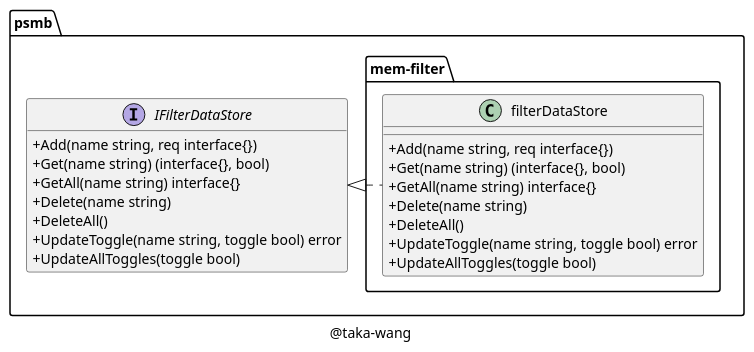
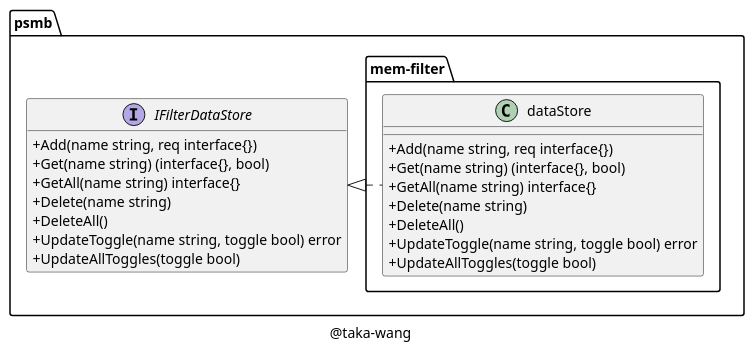
Before and after one commit to taka-wang/puml: the diagram in class/mem-filter.puml, drawn with PlantUML. The commit also changed 1 other file, not shown here.

Commit message:
update uml

```diff
--- a/class/mem-filter.puml
+++ b/class/mem-filter.puml
@@ -1,33 +1,33 @@
 @startuml
 
 set namespaceSeparator /
 
 skinparam classAttributeIconSize 0
 
-class psmb/mem-filter/filterDataStore {
+class psmb/mem-filter/dataStore {
 	+Add(name string, req interface{})
 	+Get(name string) (interface{}, bool)
 	+GetAll(name string) interface{}
 	+Delete(name string)
 	+DeleteAll()
 	+UpdateToggle(name string, toggle bool) error
 	+UpdateAllToggles(toggle bool)
 }
 
 interface psmb/IFilterDataStore {
 	+Add(name string, req interface{})
 	+Get(name string) (interface{}, bool)
 	+GetAll(name string) interface{}
 	+Delete(name string)
 	+DeleteAll()
 	+UpdateToggle(name string, toggle bool) error
 	+UpdateAllToggles(toggle bool)
 }
 
-"psmb/IFilterDataStore" <|. "psmb/mem-filter/filterDataStore"
+"psmb/IFilterDataStore" <|. "psmb/mem-filter/dataStore"
 
 caption @taka-wang
 
 hide interface fields
 
 @enduml
```
